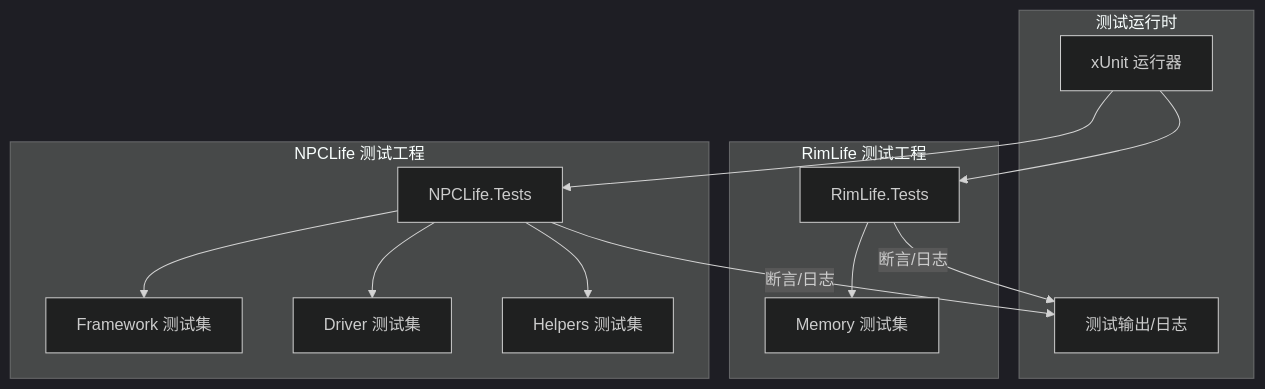
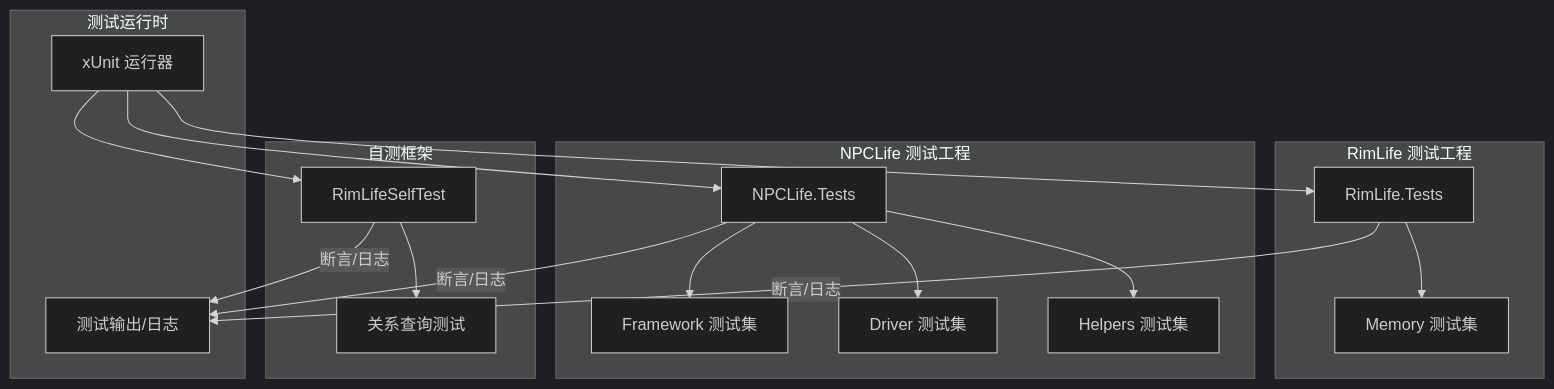
Before and after one commit to suzvka/RimLife: the second of 7 diagrams in .qoder/repowiki/zh/content/测试体系/测试体系.md, drawn with Mermaid (dark theme). The commit also changed other lines of this file and 35 other files, not shown here.

````diff
--- a/.qoder/repowiki/zh/content/测试体系/测试体系.md
+++ b/.qoder/repowiki/zh/content/测试体系/测试体系.md
@@ -79,21 +102,27 @@
 ```mermaid
 graph TB
 subgraph "测试运行时"
 Runner["xUnit 运行器"]
 Output["测试输出/日志"]
 end
 subgraph "RimLife 测试工程"
 RLTests["RimLife.Tests"]
 RLTests --> RLMemTests["Memory 测试集"]
 end
 subgraph "NPCLife 测试工程"
 NPCTests["NPCLife.Tests"]
 NPCTests --> NPCFrameTests["Framework 测试集"]
 NPCTests --> NPCDriverTests["Driver 测试集"]
 NPCTests --> NPCHelpTests["Helpers 测试集"]
 end
+subgraph "自测框架"
+SelfTests["RimLifeSelfTest"]
+SelfTests --> RelTests["关系查询测试"]
+end
 Runner --> RLTests
 Runner --> NPCTests
+Runner --> SelfTests
 RLTests --> |"断言/日志"| Output
 NPCTests --> |"断言/日志"| Output
+SelfTests --> |"断言/日志"| Output
 ```
````
